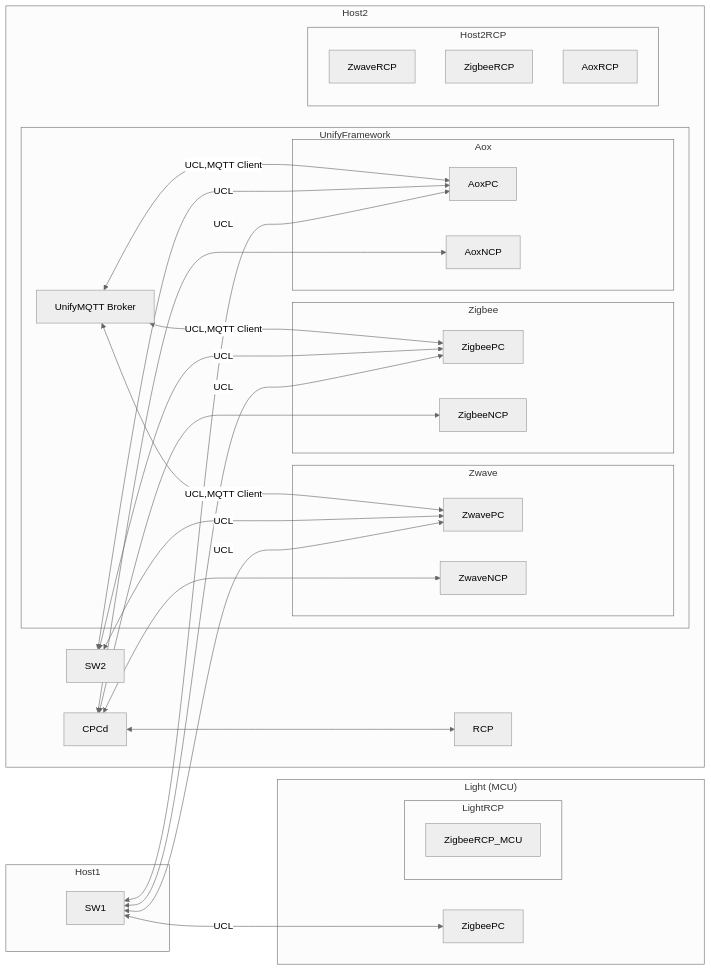
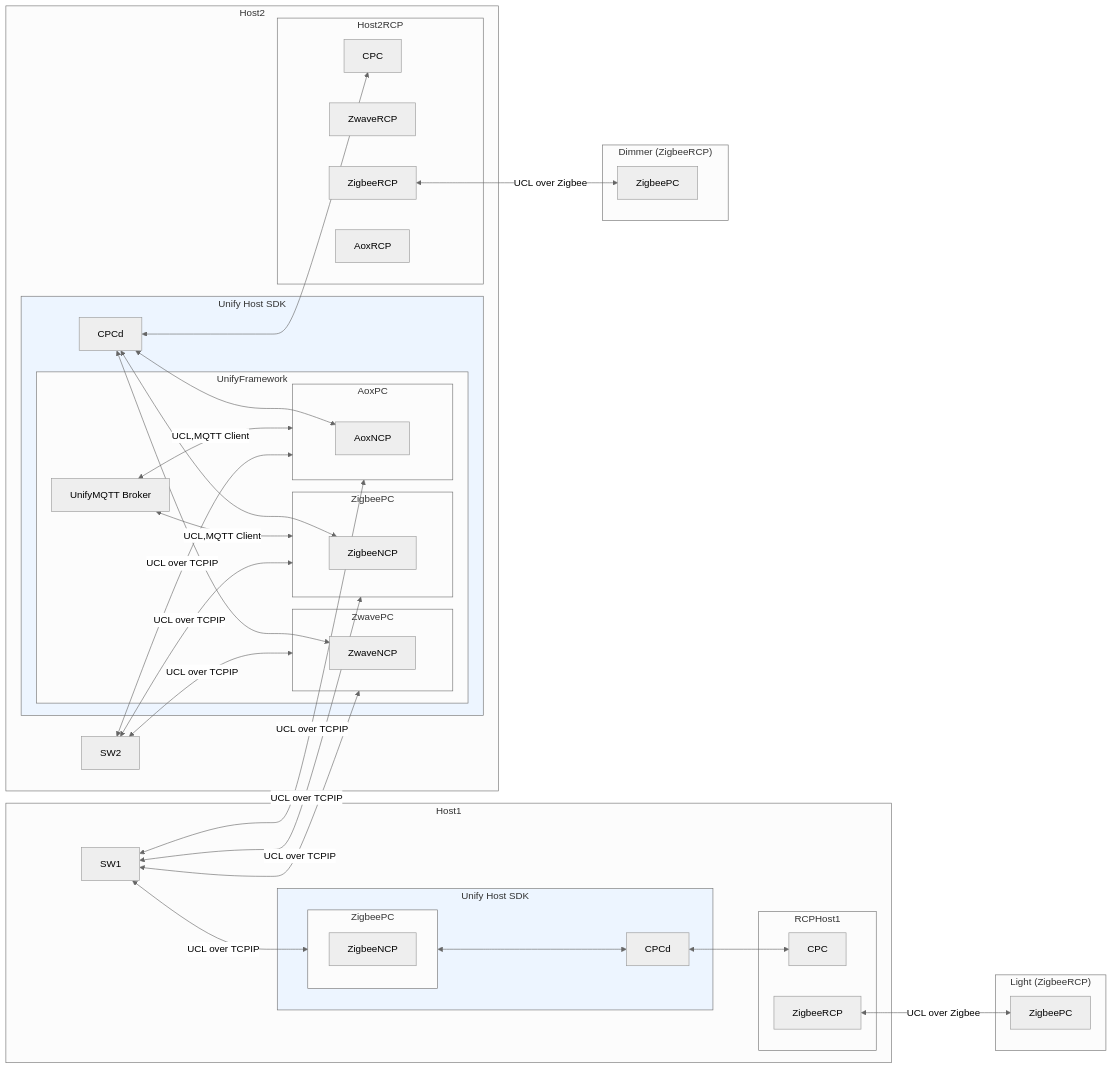
The first of 6 diagrams in helper_UnifySDKandGeckoSDK.md (lankahsu520/HelperX), drawn with Mermaid (neutral theme) before and after one commit. The commit also changed other lines of this file and 1 other file, not shown here.

Commit message:
update helper_Docker.md and helper_UnifySDKandGeckoSDK.md

````diff
--- a/helper_UnifySDKandGeckoSDK.md
+++ b/helper_UnifySDKandGeckoSDK.md
@@ -60,55 +60,74 @@
 ```mermaid
 flowchart LR
+	classDef SkyBlue fill:#EDF5FF
+
 	subgraph Host1
 		SW1
+		subgraph UnifyHost1[Unify Host SDK]
+    	subgraph ZigbeePCHost1[ZigbeePC]
+	      ZigbeeNCPHost1[ZigbeeNCP]
+			end
+			CPCdHost1[CPCd]
+		end
+		subgraph RCPHost1
+			CPCHost1[CPC]
+   		ZigbeeRCPHost1[ZigbeeRCP]
+   	end
+    SW1<-->|UCL over TCPIP|ZigbeePCHost1<-->CPCdHost1<-->CPCHost1
 	end
 
 	subgraph Host2
-		subgraph UnifyFramework[UnifyFramework]
-			UnifyMQTT[UnifyMQTT Broker]
-			subgraph Zwave
-				ZwavePC
-				ZwaveNCP
+		SW2[SW2]
+		subgraph Unify[Unify Host SDK]
+			subgraph UnifyFramework[UnifyFramework]
+				UnifyMQTT[UnifyMQTT Broker]
+				subgraph ZwavePC
+					ZwaveNCP
+				end
+				subgraph ZigbeePC
+					ZigbeeNCP
+				end
+				subgraph AoxPC
+					AoxNCP
+				end
+      	UnifyMQTT<-->|UCL,MQTT Client|ZigbeePC
+      	UnifyMQTT<-->|UCL,MQTT Client|AoxPC
 			end
-			subgraph Zigbee
-				ZigbeePC
-				ZigbeeNCP
-			end
-			subgraph Aox
-				AoxPC
-				AoxNCP
-			end
-			UnifyMQTT<-->|UCL,MQTT Client|ZwavePC
-			UnifyMQTT<-->|UCL,MQTT Client|ZigbeePC
-			UnifyMQTT<-->|UCL,MQTT Client|AoxPC
+			CPCd
 		end
-		CPCd
 		subgraph Host2RCP
+			CPC
 			ZwaveRCP
+	
 			ZigbeeRCP
+
 			AoxRCP
 		end
-		SW2 <--> |UCL|ZwavePC
-		SW2 <--> |UCL|ZigbeePC
-		SW2 <--> |UCL|AoxPC
+		SW2 <--> |UCL over TCPIP|ZwavePC
+		SW2 <--> |UCL over TCPIP|ZigbeePC
+		SW2 <--> |UCL over TCPIP|AoxPC
 
 		CPCd<-->ZwaveNCP
 		CPCd<-->ZigbeeNCP
 		CPCd<-->AoxNCP
 		
-		CPCd<-->RCP
+		CPCd<-->CPC
 	end
 
-	subgraph Light["Light (MCU)"]
-		ZigbeePC_MCU[ZigbeePC]
-		subgraph LightRCP
-    	ZigbeeRCP_MCU
-    end
+	subgraph Light["Light (ZigbeeRCP)"]
+		ZigbeePCLight[ZigbeePC]
+	end
+	subgraph Dimmer["Dimmer (ZigbeeRCP)"]
+		ZigbeePCDimmer[ZigbeePC]
 	end
 
-	SW1 <--> |UCL|ZwavePC
-	SW1 <--> |UCL|ZigbeePC
-	SW1 <--> |UCL|AoxPC
+	SW1 <--> |UCL over TCPIP|ZwavePC
+	SW1 <--> |UCL over TCPIP|ZigbeePC
+	SW1 <--> |UCL over TCPIP|AoxPC
 
-	SW1 <--> |UCL|ZigbeePC_MCU
+	ZigbeeRCPHost1 <--> |UCL over Zigbee|ZigbeePCLight
+	ZigbeeRCP<-->|UCL over Zigbee|ZigbeePCDimmer
+
+	class Unify SkyBlue
+	class UnifyHost1 SkyBlue
 ```
````
